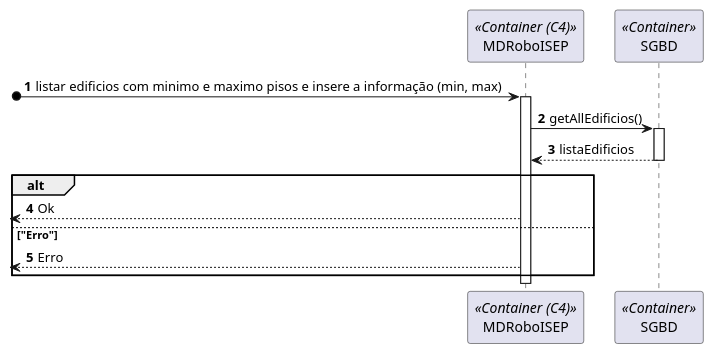
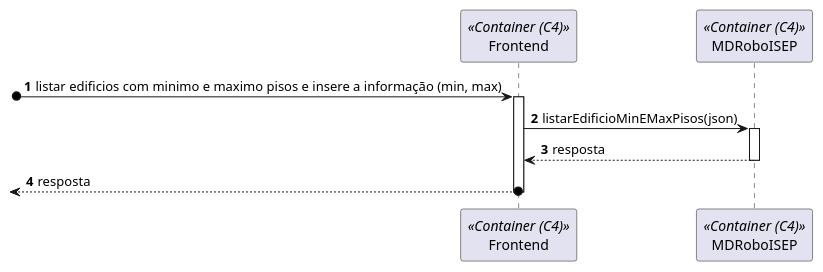
One commit to SEM5PI2324G58/sem5pi_g58_23_24 changed the diagram in docs/Sprint_A/US_180/N2/US180_VP.puml. Above: the diagram before and after it, drawn with PlantUML. The commit also changed 3 other files, not shown here.

```diff
--- a/docs/Sprint_A/US_180/N2/US180_VP.puml
+++ b/docs/Sprint_A/US_180/N2/US180_VP.puml
@@ -1,15 +1,11 @@
 autonumber
 
-participant MDRoboISEP as sistema <<Container (C4)>>
-participant SGBD as sgdb <<Container>>
+participant Frontend as fe <<Container (C4)>>
+participant MDRoboISEP as md <<Container (C4)>>
 
-[o-> sistema: listar edificios com minimo e maximo pisos e insere a informação (min, max)
-activate sistema
-sistema	-> sgdb: getAllEdificios()
-activate sgdb   
-return listaEdificios
-alt
-<-- sistema: Ok
-else "Erro"
-<-- sistema: Erro
-end alt
+[o-> fe: listar edificios com minimo e maximo pisos e insere a informação (min, max)
+activate fe
+fe	-> md: listarEdificioMinEMaxPisos(json)
+activate md
+return resposta
+return resposta
```
